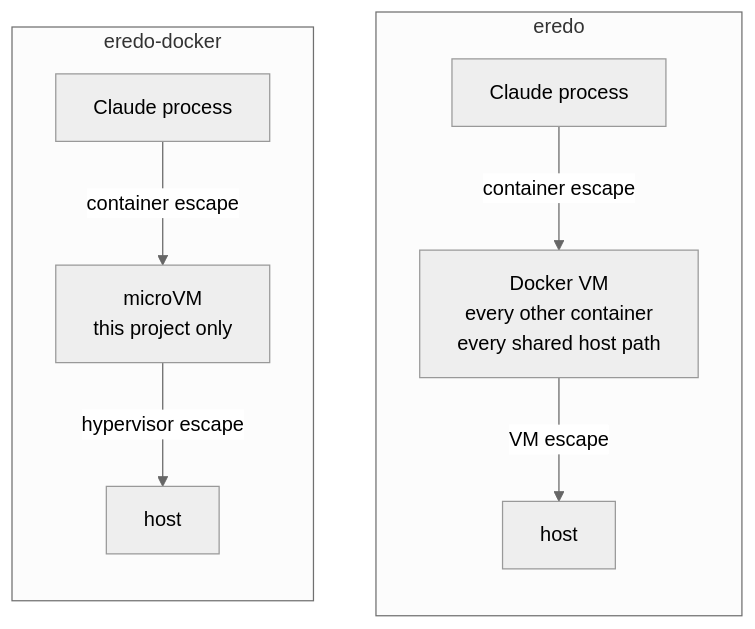
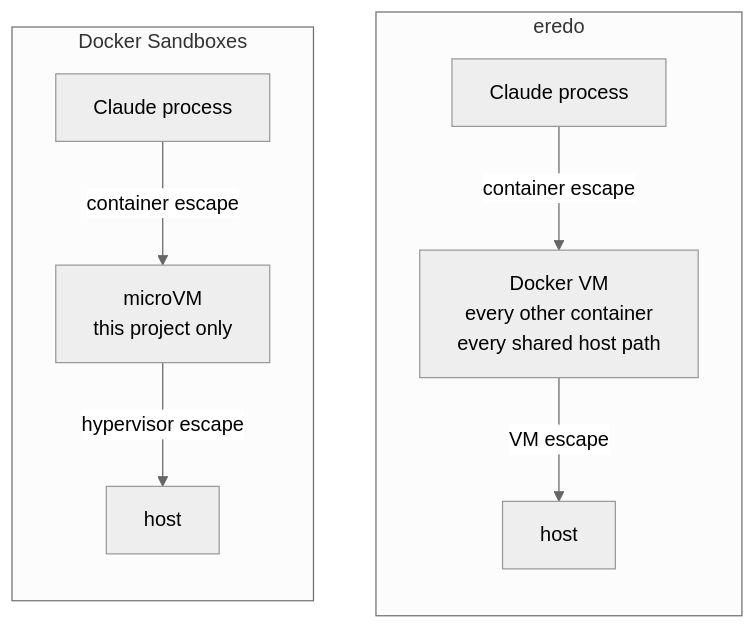
Before and after one commit to marhaasa/eredo: the third of 7 diagrams in ARCHITECTURE.md, drawn with Mermaid (neutral theme). The commit also changed other lines of this file and 8 other files, not shown here.

Commit message:
0.3.1: retire the eredo-docker twin; document Docker Sandboxes as the option for untrusted or unattended work

````diff
--- a/ARCHITECTURE.md
+++ b/ARCHITECTURE.md
@@ -85,13 +87,13 @@
 ```mermaid
 flowchart TB
   subgraph A["eredo"]
     direction TB
     a1["Claude process"] -->|"container escape"| a2["Docker VM<br/>every other container<br/>every shared host path"]
     a2 -->|"VM escape"| a3["host"]
   end
-  subgraph B["eredo-docker"]
+  subgraph B["Docker Sandboxes"]
     direction TB
     b1["Claude process"] -->|"container escape"| b2["microVM<br/>this project only"]
     b2 -->|"hypervisor escape"| b3["host"]
   end
 ```
````
